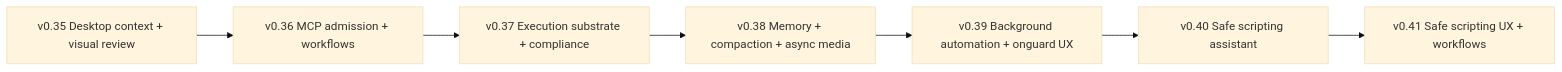
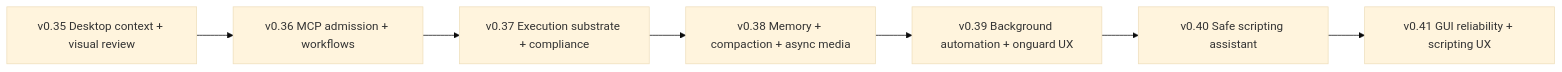
The diagram in ROADMAP.md (marctjones/capabledeputy), drawn with Mermaid (base theme) before and after one commit. The commit also changed other lines of this file, not shown here.

````diff
--- a/ROADMAP.md
+++ b/ROADMAP.md
@@ -16,11 +17,11 @@
 ```mermaid
 flowchart LR
   v35[v0.35 Desktop context + visual review]
   v36[v0.36 MCP admission + workflows]
   v37[v0.37 Execution substrate + compliance]
   v38[v0.38 Memory + compaction + async media]
   v39[v0.39 Background automation + onguard UX]
   v40[v0.40 Safe scripting assistant]
-  v41[v0.41 Safe scripting UX + workflows]
+  v41[v0.41 GUI reliability + scripting UX]
   v35 --> v36 --> v37 --> v38 --> v39 --> v40 --> v41
 ```
````
